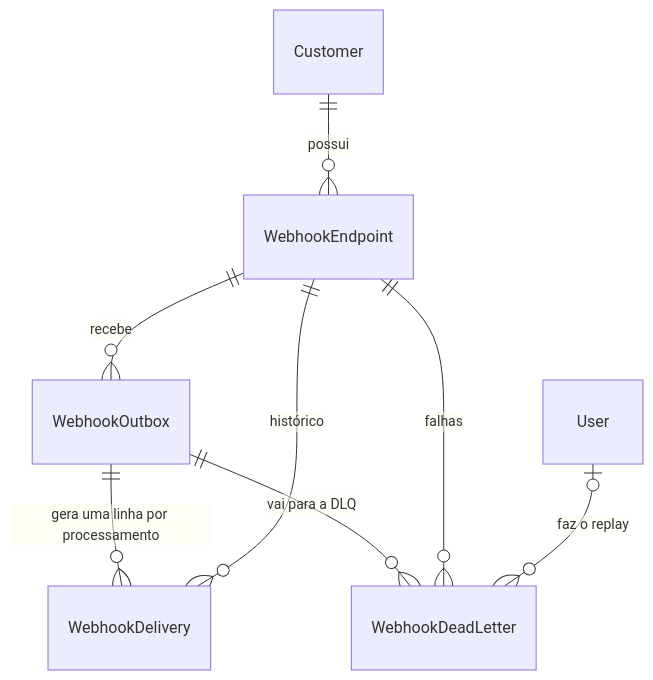
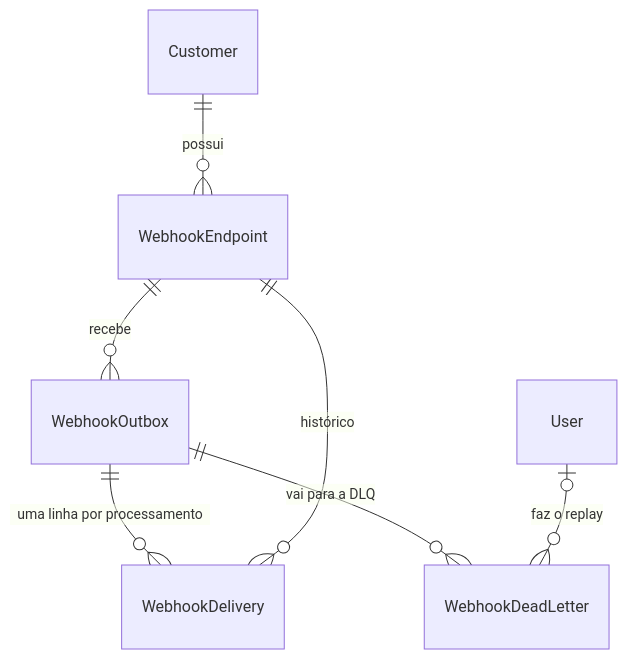
The first of 6 diagrams in docs/FDD.md (joaopauloctga/mba-ia-desafio-design-docs-com-ia), drawn with Mermaid before and after one commit. The commit also changed other lines of this file and 1 other file, not shown here.

````diff
--- a/docs/FDD.md
+++ b/docs/FDD.md
@@ -118,10 +105,9 @@
 ```mermaid
 erDiagram
   Customer ||--o{ WebhookEndpoint : "possui"
   WebhookEndpoint ||--o{ WebhookOutbox : "recebe"
-  WebhookOutbox ||--o{ WebhookDelivery : "gera uma linha por processamento"
+  WebhookOutbox ||--o{ WebhookDelivery : "uma linha por processamento"
   WebhookOutbox ||--o{ WebhookDeadLetter : "vai para a DLQ"
   WebhookEndpoint ||--o{ WebhookDelivery : "histórico"
-  WebhookEndpoint ||--o{ WebhookDeadLetter : "falhas"
   User |o--o{ WebhookDeadLetter : "faz o replay"
 ```
````
